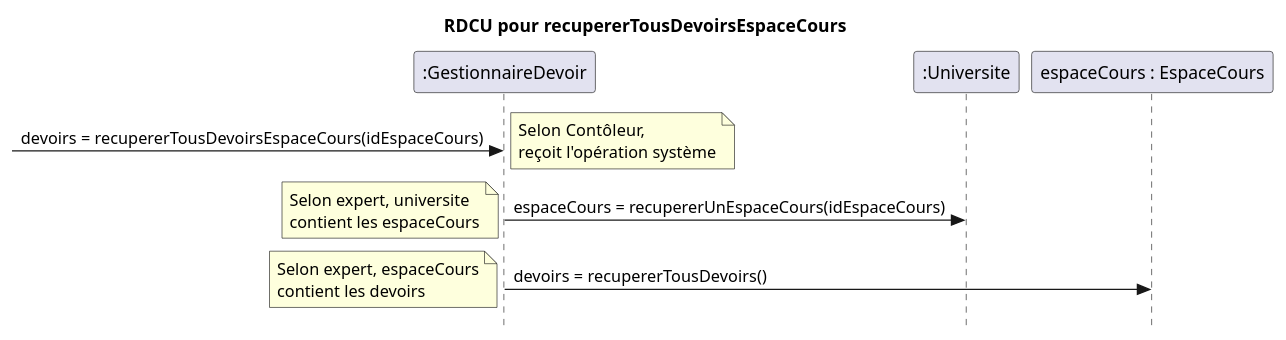
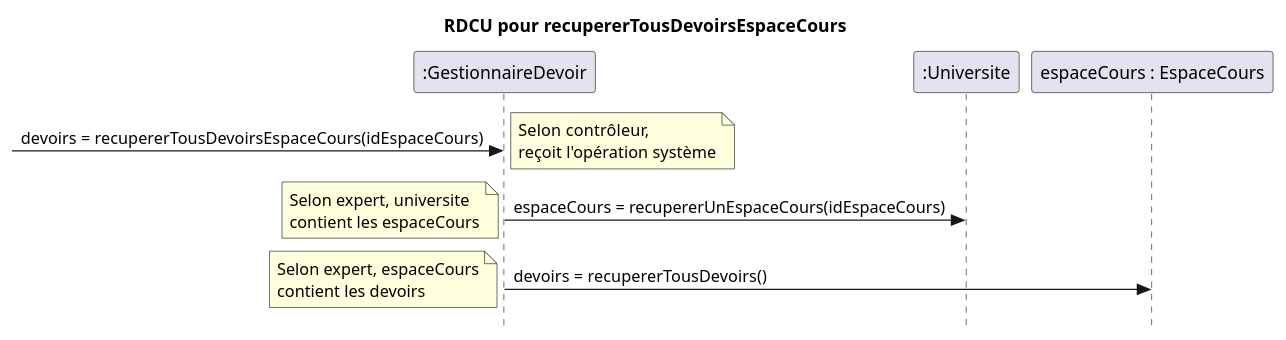
The first of 2 diagrams in docs/Ajouter devoir/RDCU_Ajouter_Devoir.puml (nerdz88/SGA-TS), drawn with PlantUML before and after one commit. The commit also changed other lines of this file and 11 other files, not shown here.

```diff
--- a/docs/Ajouter devoir/RDCU_Ajouter_Devoir.puml
+++ b/docs/Ajouter devoir/RDCU_Ajouter_Devoir.puml
@@ -1,15 +1,15 @@
 @startuml recupererTousDevoirsEspaceCours
 skinparam style strictuml
 skinparam defaultfontname Verdana
 title RDCU pour recupererTousDevoirsEspaceCours
 participant ":GestionnaireDevoir" as gestionnaireDevoir
 participant ":Universite" as universite
 participant "espaceCours : EspaceCours" as cours
 
 -> gestionnaireDevoir : devoirs = recupererTousDevoirsEspaceCours(idEspaceCours)
-note left : Selon Contôleur,\nreçoit l'opération système
+note left : Selon contrôleur,\nreçoit l'opération système
 gestionnaireDevoir -> universite : espaceCours = recupererUnEspaceCours(idEspaceCours)
 note left : Selon expert, universite\ncontient les espaceCours
 gestionnaireDevoir -> cours : devoirs = recupererTousDevoirs()
 note left : Selon expert, espaceCours\ncontient les devoirs
 @enduml
```
